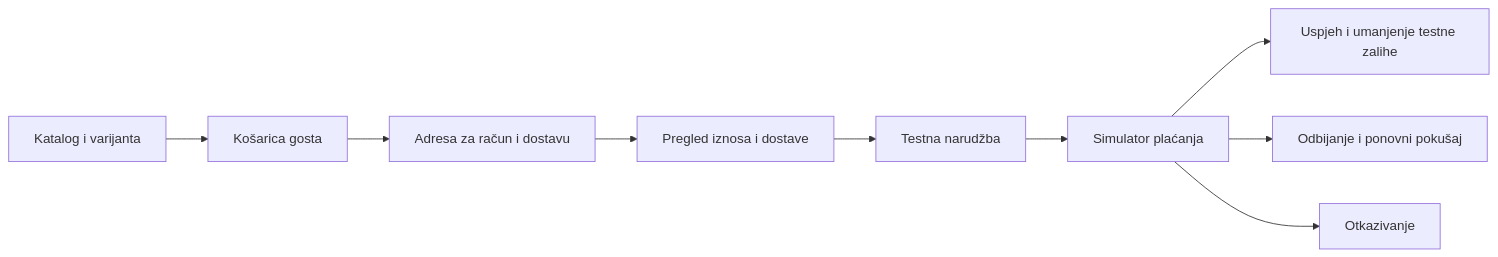
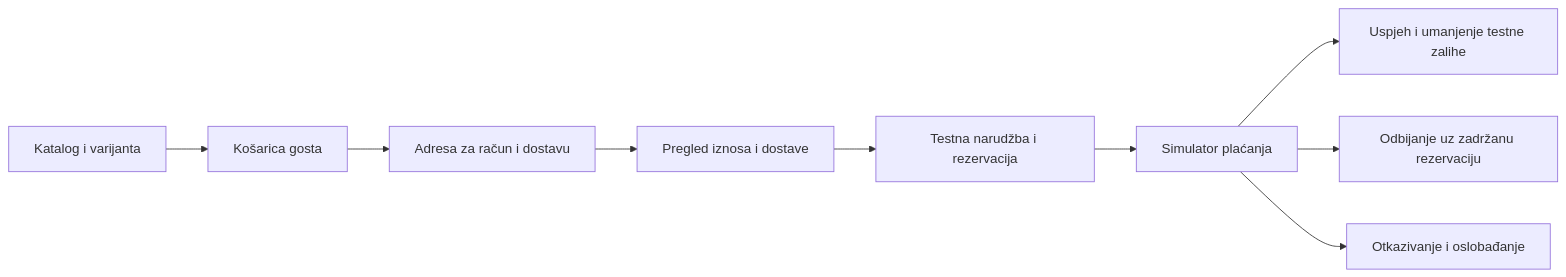
Before and after one commit to eniofrimer/oneshop: the diagram in docs/DEVELOPMENT_CHECKOUT.md, drawn with Mermaid. The commit also changed other lines of this file and 26 other files, not shown here.

````diff
--- a/docs/DEVELOPMENT_CHECKOUT.md
+++ b/docs/DEVELOPMENT_CHECKOUT.md
@@ -13,11 +13,11 @@
 ```mermaid
 flowchart LR
   A[Katalog i varijanta] --> B[Košarica gosta]
   B --> C[Adresa za račun i dostavu]
   C --> D[Pregled iznosa i dostave]
-  D --> E[Testna narudžba]
+  D --> E[Testna narudžba i rezervacija]
   E --> F[Simulator plaćanja]
   F --> G[Uspjeh i umanjenje testne zalihe]
-  F --> H[Odbijanje i ponovni pokušaj]
-  F --> I[Otkazivanje]
+  F --> H[Odbijanje uz zadržanu rezervaciju]
+  F --> I[Otkazivanje i oslobađanje]
 ```
````
